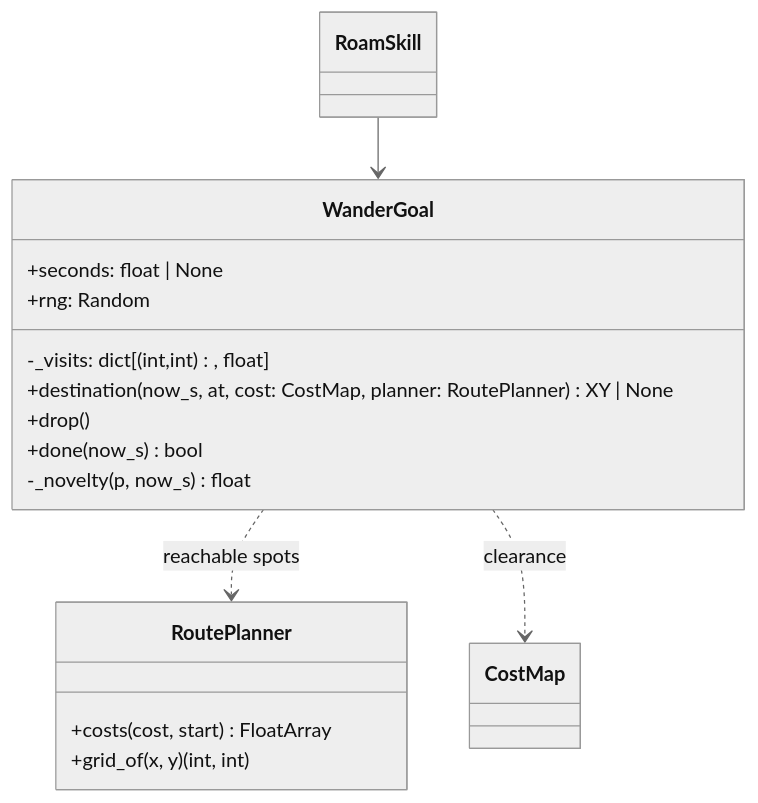
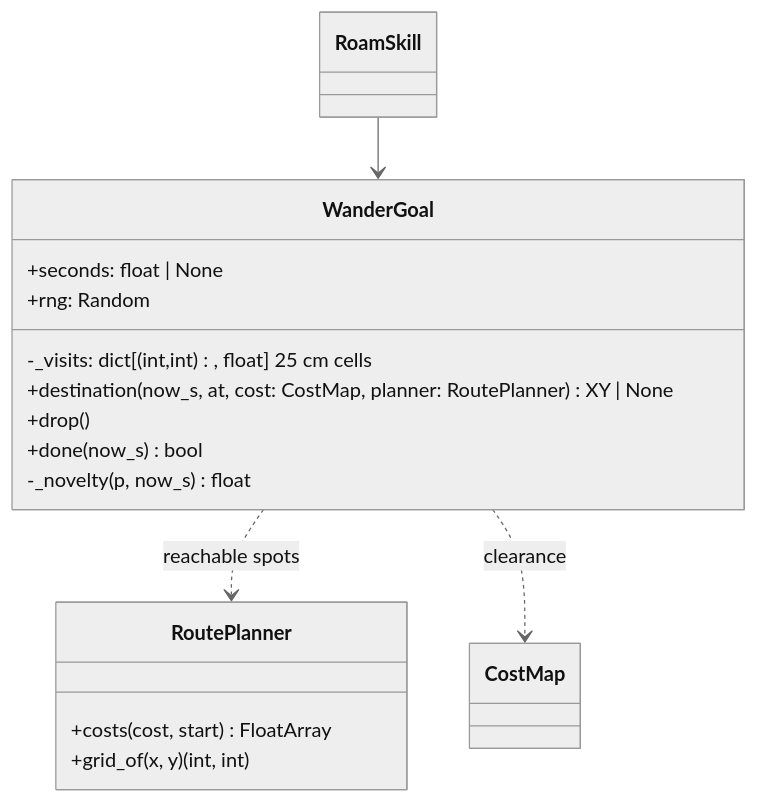
Before and after one commit to mannuray/conqueror: diagram 28 of 28 in docs/lld/ai-engine-lld.md, drawn with Mermaid (neutral theme). The commit also changed other lines of this file and 7 other files, not shown here.

````diff
--- a/docs/lld/ai-engine-lld.md
+++ b/docs/lld/ai-engine-lld.md
@@ -1756,19 +1756,19 @@
 ```mermaid
 classDiagram
   class WanderGoal {
     +seconds: float | None
     +rng: Random
-    -_visits: dict[(int,int), float]
+    -_visits: dict[(int,int), float]  25 cm cells
     +destination(now_s, at, cost: CostMap, planner: RoutePlanner) XY | None
     +drop()
     +done(now_s) bool
     -_novelty(p, now_s) float
   }
   class RoutePlanner {
     +costs(cost, start) FloatArray
     +grid_of(x, y) (int, int)
   }
   WanderGoal ..> RoutePlanner : reachable spots
   WanderGoal ..> CostMap : clearance
   RoamSkill --> WanderGoal
 ```
````
